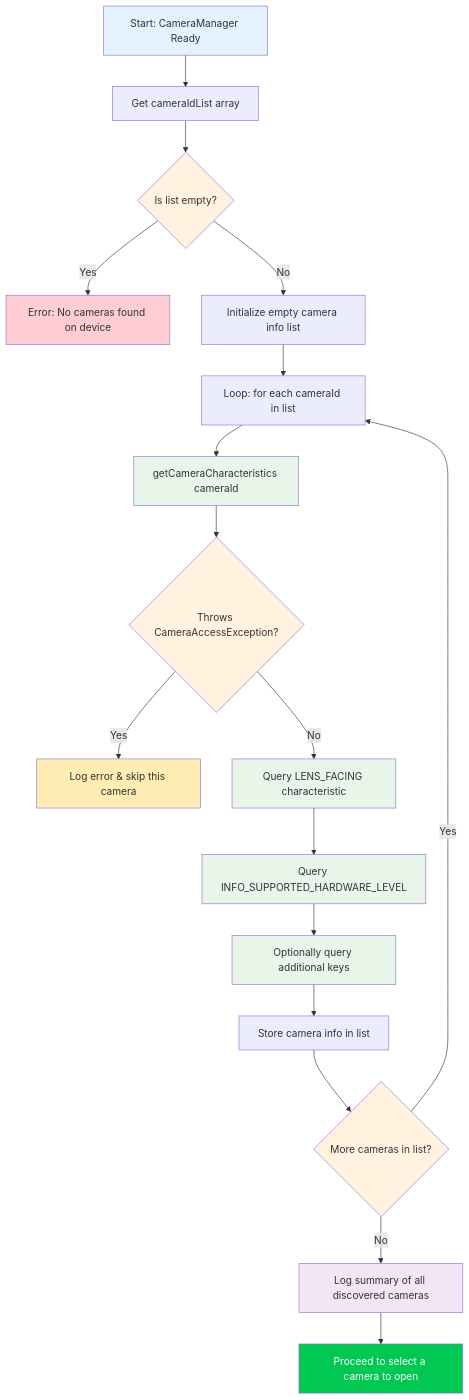
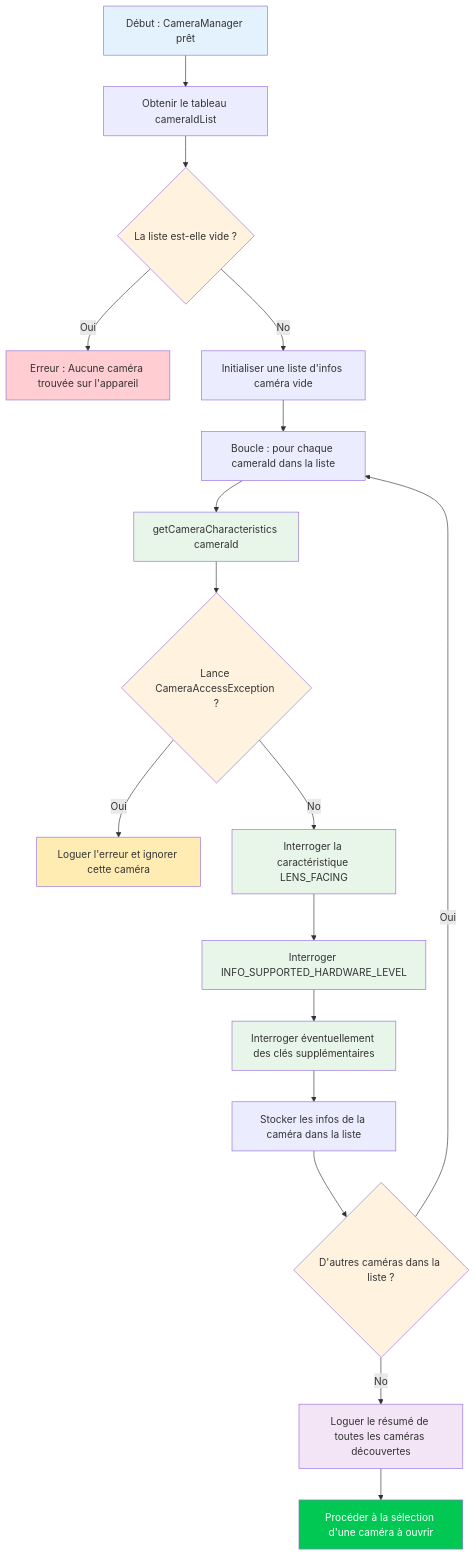
One commit to zoozooll/AndroidCameraParameters changed the diagram in website/i18n/fr/docusaurus-plugin-content-docs/current/camera2/discovering-cameras.md. Above: the diagram before and after it, drawn with Mermaid. The commit also changed other lines of this file and 378 other files, not shown here.

````diff
--- a/website/i18n/fr/docusaurus-plugin-content-docs/current/camera2/discovering-cameras.md
+++ b/website/i18n/fr/docusaurus-plugin-content-docs/current/camera2/discovering-cameras.md
@@ -32,32 +32,32 @@
 ```mermaid
 flowchart TD
-    A[Start: CameraManager Ready] --> B[Get cameraIdList array]
-    B --> C{Is list empty?}
-    C -->|Yes| D[Error: No cameras found on device]
-    C -->|No| E[Initialize empty camera info list]
-    E --> F[Loop: for each cameraId in list]
+    A["Début : CameraManager prêt"] --> B["Obtenir le tableau cameraIdList"]
+    B --> C{La liste est-elle vide ?}
+    C -->|Oui| D[Erreur : Aucune caméra trouvée sur l'appareil]
+    C -->|No| E[Initialiser une liste d'infos caméra vide]
+    E --> F[Boucle : pour chaque cameraId dans la liste]
     F --> G[getCameraCharacteristics cameraId]
-    G --> H{Throws CameraAccessException?}
-    H -->|Yes| I[Log error & skip this camera]
-    H -->|No| J[Query LENS_FACING characteristic]
-    J --> K[Query INFO_SUPPORTED_HARDWARE_LEVEL]
-    K --> L[Optionally query additional keys]
-    L --> M[Store camera info in list]
-    M --> N{More cameras in list?}
-    N -->|Yes| F
-    N -->|No| O[Log summary of all discovered cameras]
-    O --> P[Proceed to select a camera to open]
+    G --> H{Lance CameraAccessException ?}
+    H -->|Oui| I[Loguer l'erreur et ignorer cette caméra]
+    H -->|No| J[Interroger la caractéristique LENS_FACING]
+    J --> K[Interroger INFO_SUPPORTED_HARDWARE_LEVEL]
+    K --> L[Interroger éventuellement des clés supplémentaires]
+    L --> M[Stocker les infos de la caméra dans la liste]
+    M --> N{D'autres caméras dans la liste ?}
+    N -->|Oui| F
+    N -->|No| O[Loguer le résumé de toutes les caméras découvertes]
+    O --> P[Procéder à la sélection d'une caméra à ouvrir]
 
     style A fill:#e3f2fd
     style C fill:#fff3e0
     style H fill:#fff3e0
     style N fill:#fff3e0
     style D fill:#ffcdd2
     style I fill:#ffecb3
     style G fill:#e8f5e9
     style J fill:#e8f5e9
     style K fill:#e8f5e9
     style L fill:#e8f5e9
     style O fill:#f3e5f5
     style P fill:#00c853,color:#fff
 ```
````
